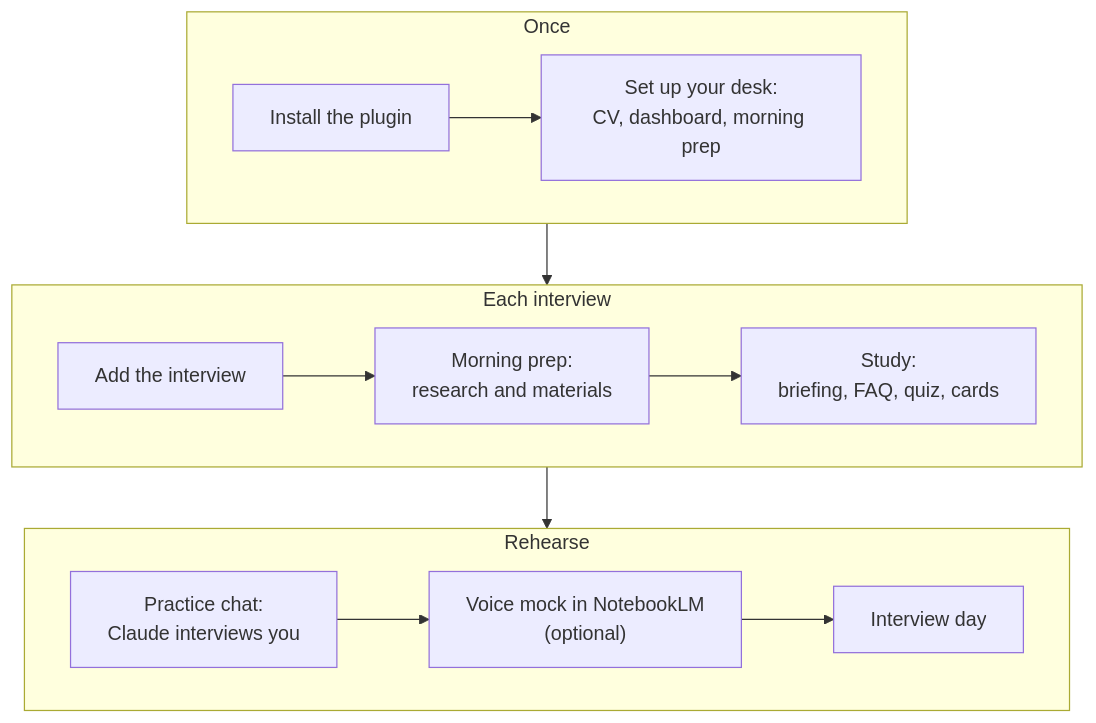
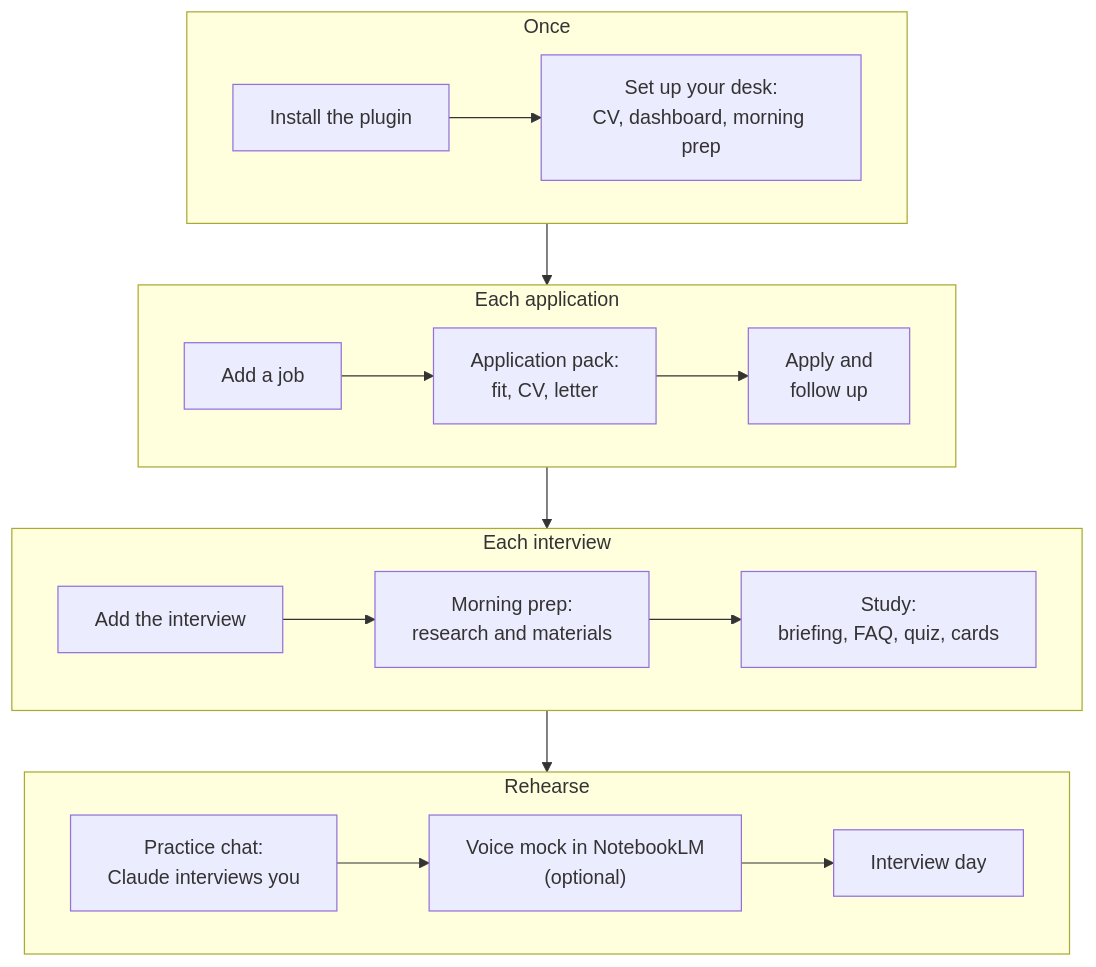
One commit to dantonoli/interview-prep-desk changed the diagram in docs/guide.md. Above: the diagram before and after it, drawn with Mermaid. The commit also changed other lines of this file and 21 other files, not shown here.

````diff
--- a/docs/guide.md
+++ b/docs/guide.md
@@ -26,16 +27,20 @@
 ```mermaid
 flowchart TB
   subgraph once["Once"]
     direction LR
     A["Install the plugin"] --> B["Set up your desk:<br/>CV, dashboard, morning prep"]
+  end
+  subgraph apply["Each application"]
+    direction LR
+    I["Add a job"] --> J["Application pack:<br/>fit, CV, letter"] --> K["Apply and<br/>follow up"]
   end
   subgraph prepare["Each interview"]
     direction LR
     C["Add the interview"] --> D["Morning prep:<br/>research and materials"] --> E["Study:<br/>briefing, FAQ, quiz, cards"]
   end
   subgraph rehearse["Rehearse"]
     direction LR
     F["Practice chat:<br/>Claude interviews you"] --> G["Voice mock in NotebookLM<br/>(optional)"] --> H["Interview day"]
   end
-  once --> prepare --> rehearse
+  once --> apply --> prepare --> rehearse
 ```
````
